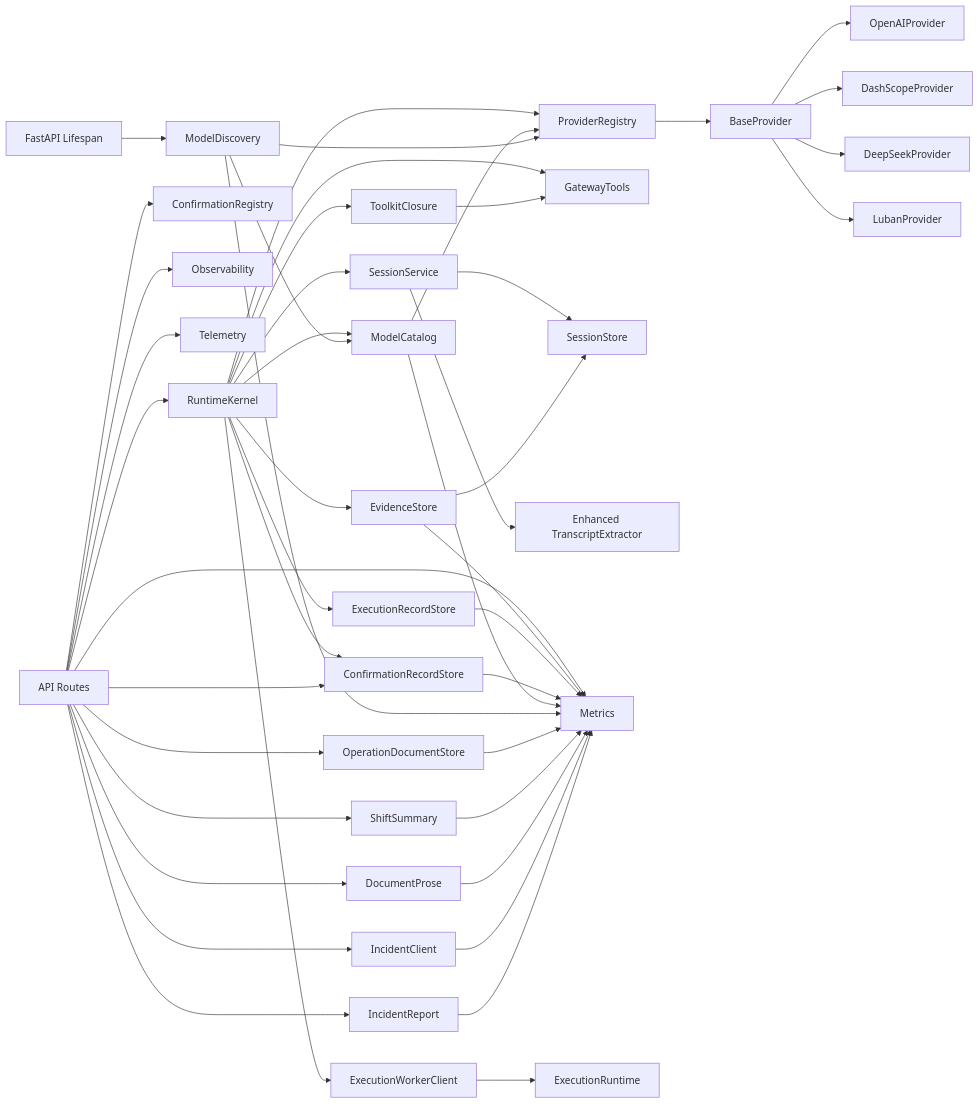
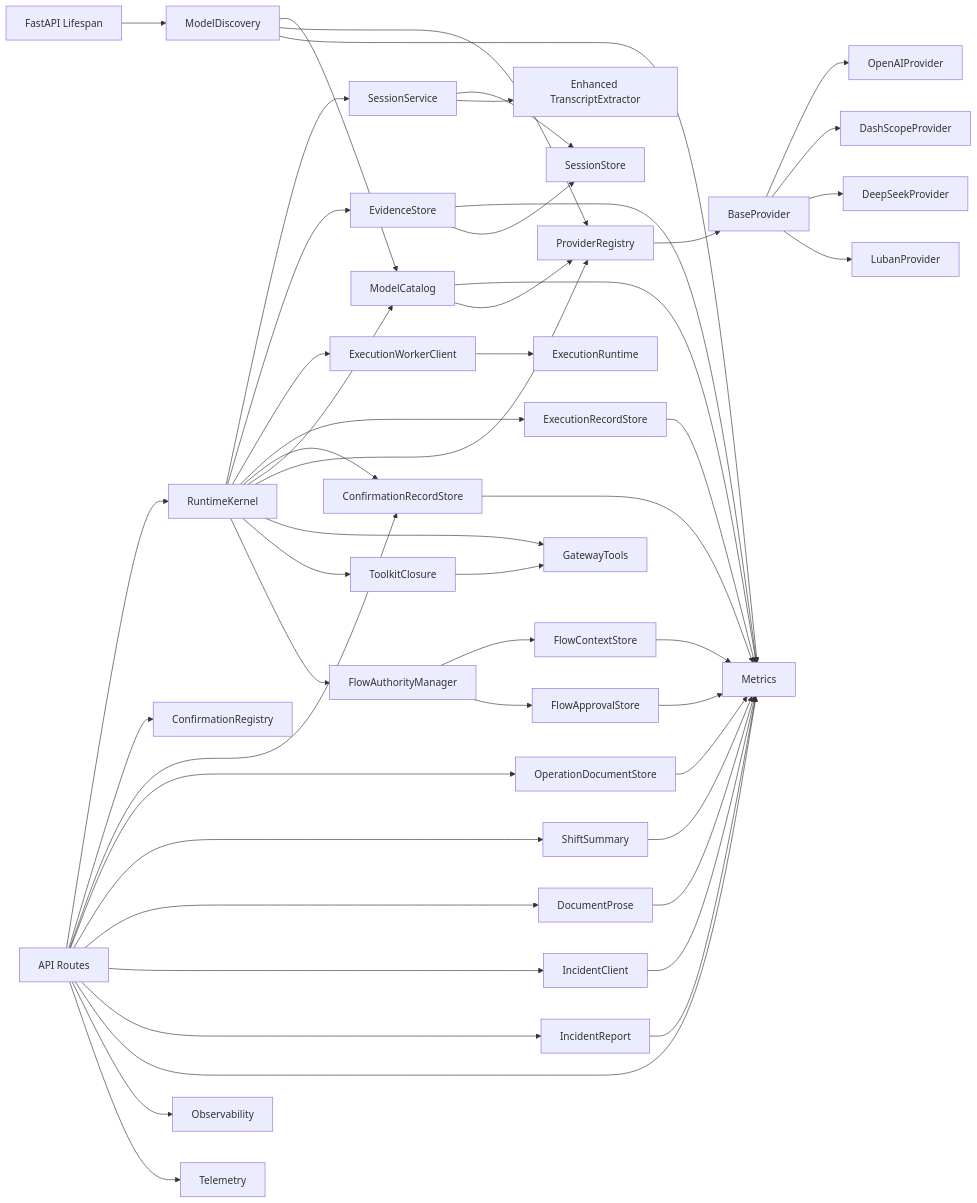
One commit to metasync/luban-aiops changed diagram 49 of 49 in .qoder/repowiki/en/content/Agent Platform Service/Agent Platform Service.md. Above: the diagram before and after it, drawn with Mermaid. The commit also changed other lines of this file and 121 other files, not shown here.

````diff
--- a/.qoder/repowiki/en/content/Agent Platform Service/Agent Platform Service.md
+++ b/.qoder/repowiki/en/content/Agent Platform Service/Agent Platform Service.md
@@ -2722,47 +2899,52 @@
 ```mermaid
 graph LR
 API["API Routes"] --> Kernel["RuntimeKernel"]
 Kernel --> Session["SessionService"]
 Kernel --> Evidence["EvidenceStore"]
 Kernel --> ExecWorker["ExecutionWorkerClient"]
 Kernel --> ExecRecords["ExecutionRecordStore"]
 Kernel --> ConfirmStore["ConfirmationRecordStore"]
 Kernel --> ModelCat["ModelCatalog"]
 Kernel --> Registry["ProviderRegistry"]
 Kernel --> Tools["GatewayTools"]
 Kernel --> Closure["ToolkitClosure"]
+Kernel --> FlowAuth["FlowAuthorityManager"]
 Registry --> Base["BaseProvider"]
 Base --> OpenAI["OpenAIProvider"]
 Base --> DashScope["DashScopeProvider"]
 Base --> DeepSeek["DeepSeekProvider"]
 Base --> Luban["LubanProvider"]
 Session --> Store["SessionStore"]
 Session --> Transcript["Enhanced TranscriptExtractor"]
 API --> HITL["ConfirmationRegistry"]
 API --> ConfirmStore
 API --> DocStore["OperationDocumentStore"]
 API --> ShiftSum["ShiftSummary"]
 API --> DocProse["DocumentProse"]
 API --> IncClient["IncidentClient"]
 API --> IncReport["IncidentReport"]
 API --> Metrics["Metrics"]
 API --> Obs["Observability"]
 API --> Tel["Telemetry"]
 Closure --> Tools
 Evidence --> Metrics
 Evidence --> Store
 ExecWorker --> ExecRuntime["ExecutionRuntime"]
 ExecRecords --> Metrics
 ConfirmStore --> Metrics
 ModelCat --> Metrics
 ModelCat --> Registry
 ModelDisc["ModelDiscovery"] --> ModelCat
 ModelDisc --> Registry
 ModelDisc --> Metrics
 Lifespan["FastAPI Lifespan"] --> ModelDisc
 DocStore --> Metrics
 ShiftSum --> Metrics
 DocProse --> Metrics
 IncClient --> Metrics
 IncReport --> Metrics
+FlowAuth --> FlowContexts["FlowContextStore"]
+FlowAuth --> FlowApprovals["FlowApprovalStore"]
+FlowContexts --> Metrics
+FlowApprovals --> Metrics
 ```
````
